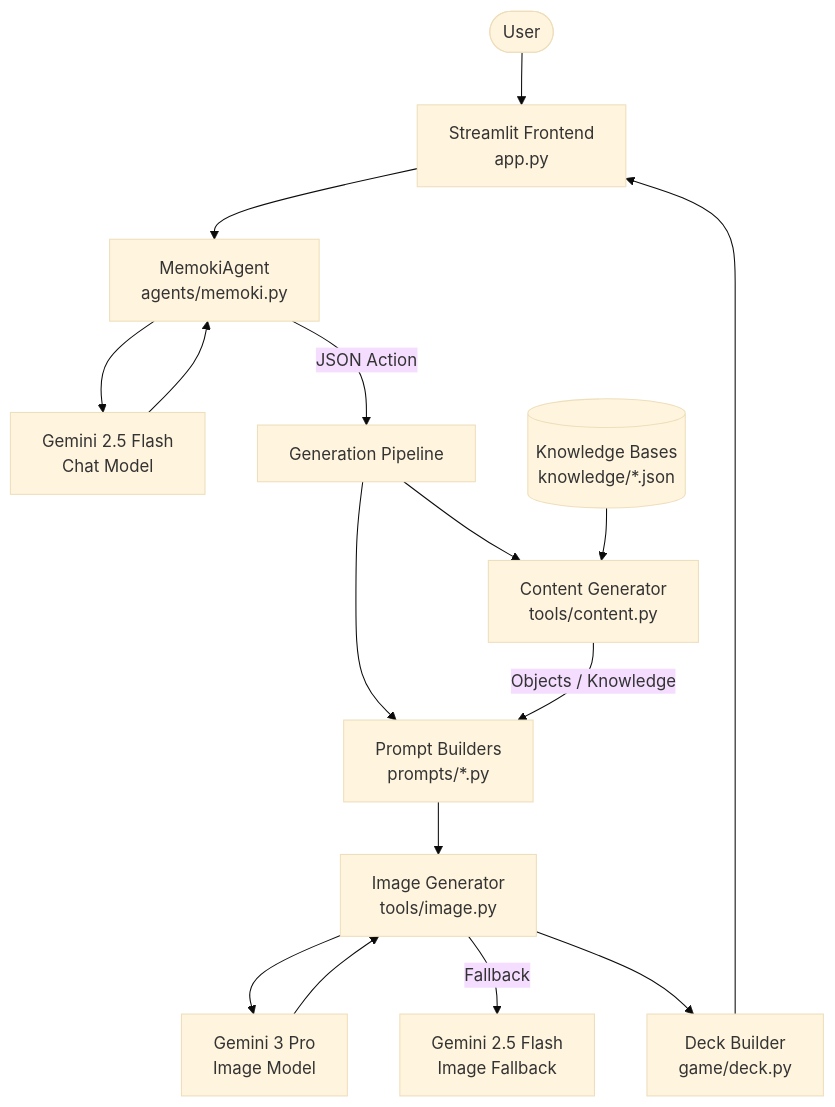
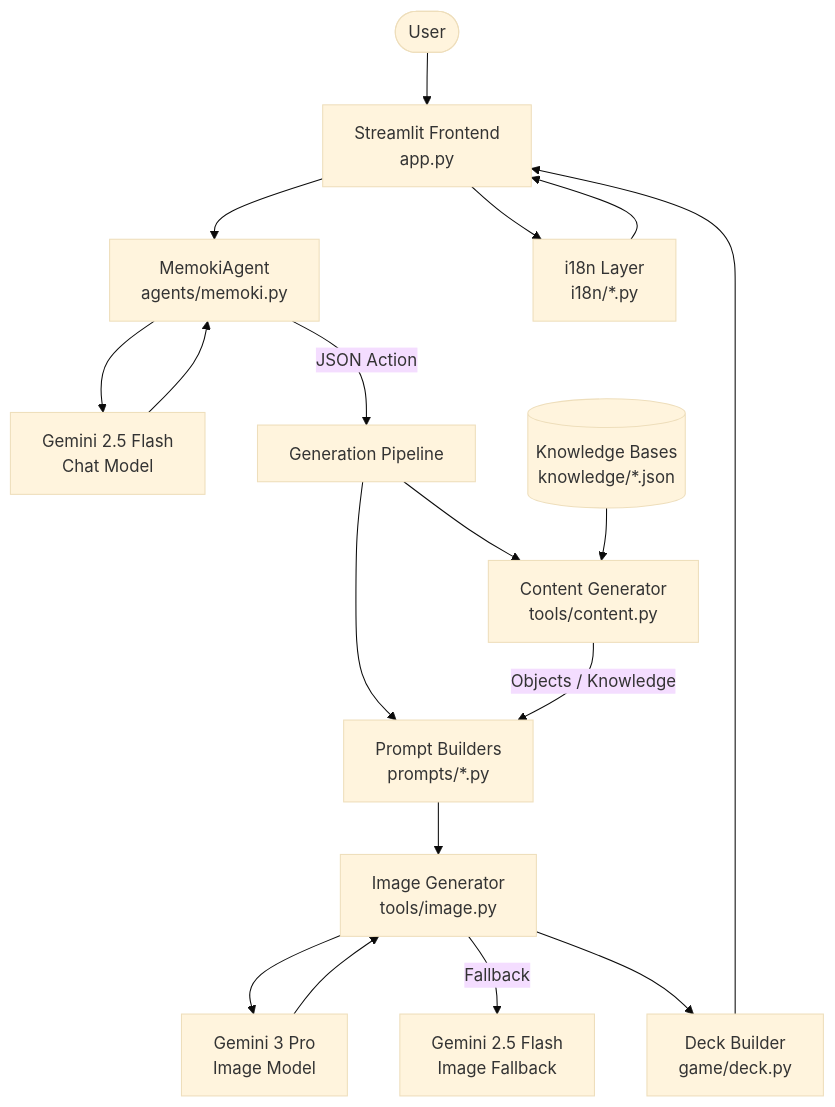
One commit to leelesemann-sys/memoki-prompt-engine changed the diagram in docs/architecture.md. Above: the diagram before and after it, drawn with Mermaid (base theme). The commit also changed other lines of this file and 1 other file, not shown here.

First line of the commit message:
Update README and architecture docs for i18n, bilingual knowledge bases

````diff
--- a/docs/architecture.md
+++ b/docs/architecture.md
@@ -14,18 +16,20 @@
 ```mermaid
 graph TD
     User([User]) --> UI[Streamlit Frontend<br>app.py]
     UI --> Agent[MemokiAgent<br>agents/memoki.py]
     Agent --> Gemini_Chat[Gemini 2.5 Flash<br>Chat Model]
     Gemini_Chat --> Agent
     Agent -->|JSON Action| Pipeline[Generation Pipeline]
     Pipeline --> Content[Content Generator<br>tools/content.py]
     Pipeline --> Prompts[Prompt Builders<br>prompts/*.py]
     Content -->|Objects / Knowledge| Prompts
     Prompts --> ImageGen[Image Generator<br>tools/image.py]
     ImageGen --> Gemini_Img[Gemini 3 Pro<br>Image Model]
     Gemini_Img --> ImageGen
     ImageGen -->|Fallback| Gemini_Fast[Gemini 2.5 Flash<br>Image Fallback]
     ImageGen --> DeckBuilder[Deck Builder<br>game/deck.py]
     DeckBuilder --> UI
     KB[(Knowledge Bases<br>knowledge/*.json)] --> Content
+    UI --> I18N[i18n Layer<br>i18n/*.py]
+    I18N --> UI
 ```
````
